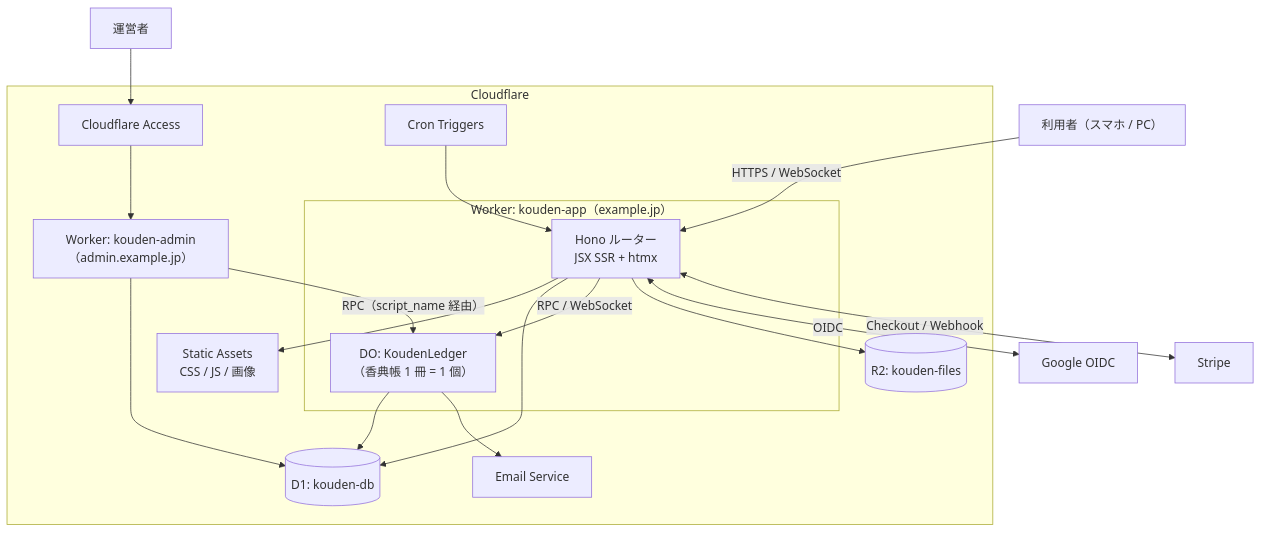
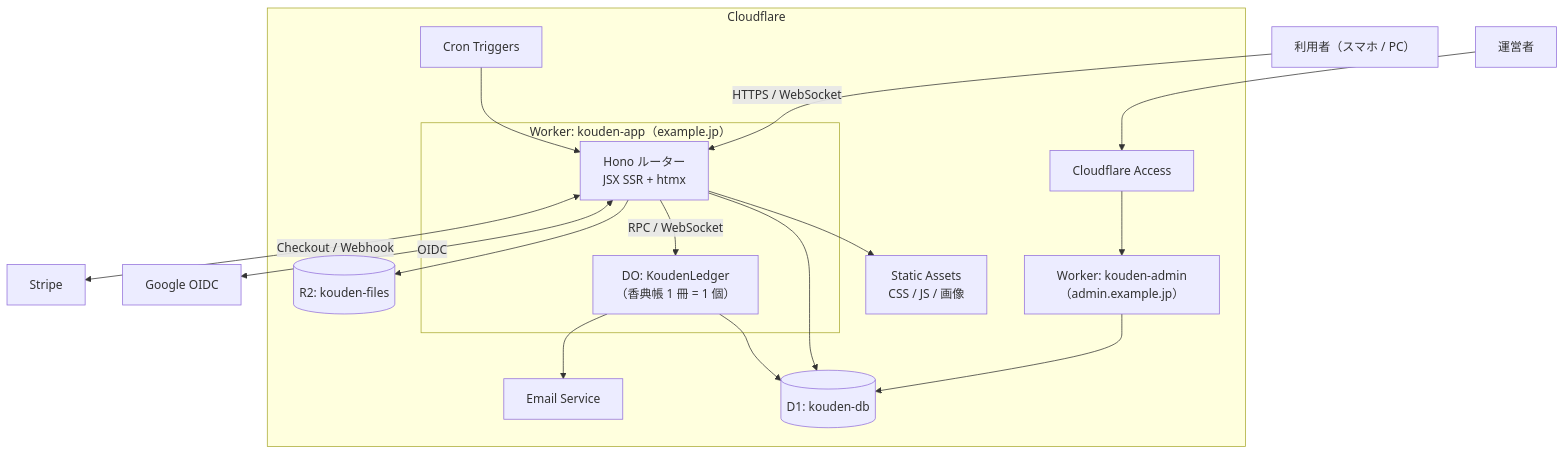
The diagram in docs/rebuild/04-architecture.md (otomatty/kouden), drawn with Mermaid before and after one commit. The commit also changed other lines of this file and 50 other files, not shown here.

````diff
--- a/docs/rebuild/04-architecture.md
+++ b/docs/rebuild/04-architecture.md
@@ -5,35 +5,34 @@
 ```mermaid
 flowchart TB
   user["利用者（スマホ / PC）"]
   admin["運営者"]
   google["Google OIDC"]
   stripe["Stripe"]
 
   subgraph CF["Cloudflare"]
     access["Cloudflare Access"]
     subgraph app["Worker: kouden-app（example.jp）"]
       hono["Hono ルーター<br/>JSX SSR + htmx"]
       ledger["DO: KoudenLedger<br/>（香典帳 1 冊 = 1 個）"]
     end
     adminw["Worker: kouden-admin（admin.example.jp）"]
     d1[("D1: kouden-db")]
     r2[("R2: kouden-files")]
     assets["Static Assets<br/>CSS / JS / 画像"]
     email["Email Service"]
     cron["Cron Triggers"]
   end
 
   user -->|HTTPS / WebSocket| hono
   hono --> assets
   hono --> d1
   hono -->|RPC / WebSocket| ledger
   hono --> r2
   ledger --> d1
   ledger --> email
   hono <-->|OIDC| google
   hono <-->|Checkout / Webhook| stripe
   admin --> access --> adminw
   adminw --> d1
-  adminw -->|RPC（script_name 経由）| ledger
   cron --> hono
 ```
````
